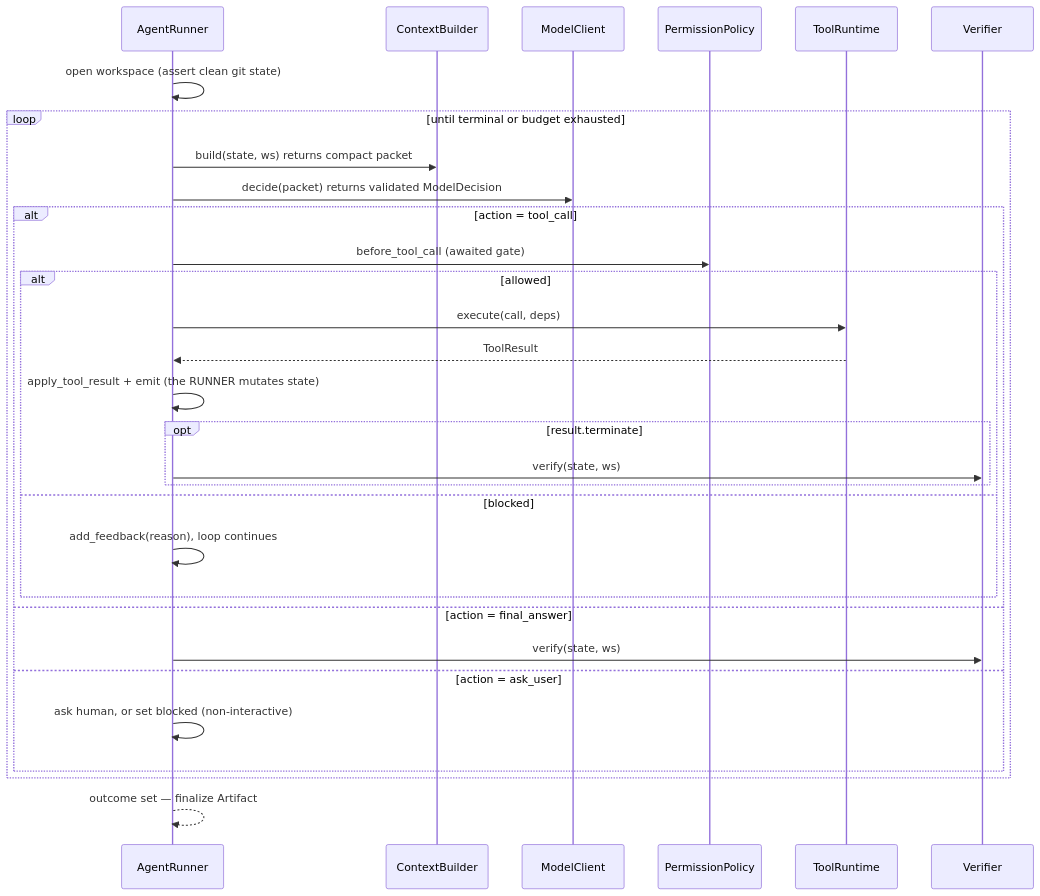
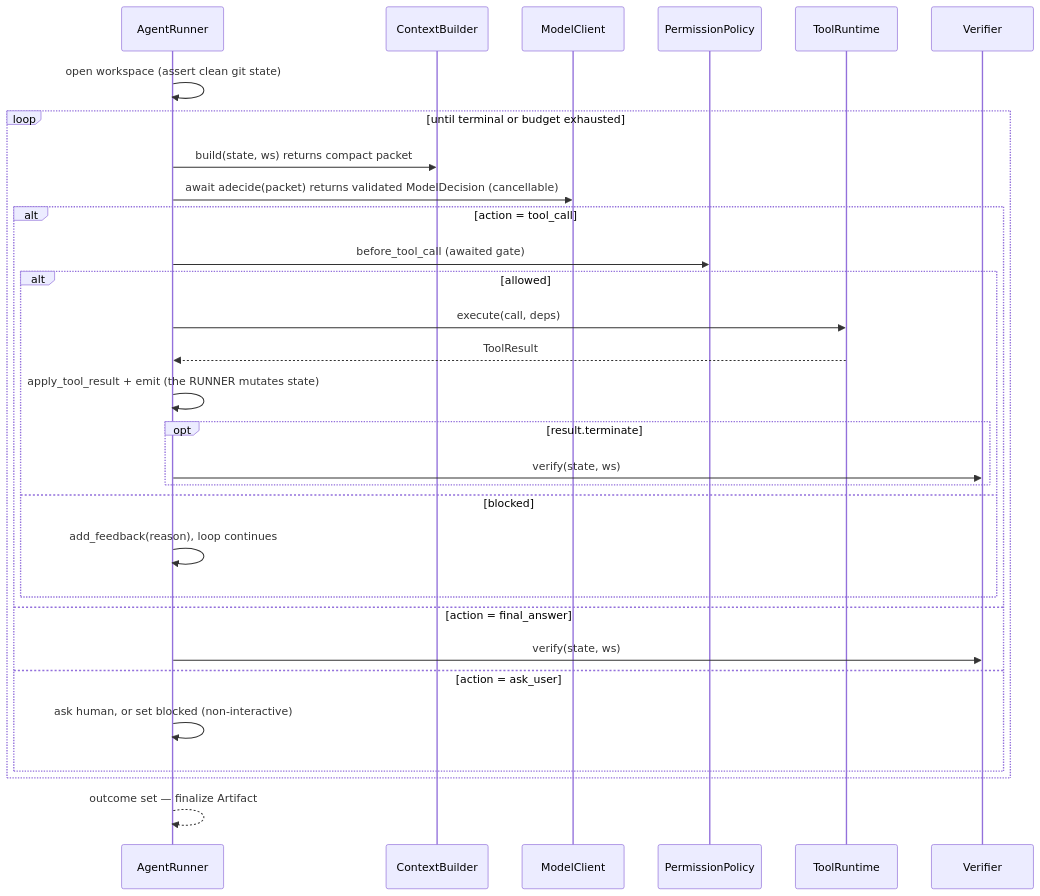
The fourth of 8 diagrams in ARCHITECTURE.md (codexceed/avatar-harness), drawn with Mermaid before and after one commit. The commit also changed other lines of this file and 8 other files, not shown here.

First line of the commit message:
feat(model): cancellable async model calls via adecide (ADR-0024) (#80)

````diff
--- a/ARCHITECTURE.md
+++ b/ARCHITECTURE.md
@@ -148,33 +148,33 @@
 ```mermaid
 sequenceDiagram
     participant R as AgentRunner
     participant C as ContextBuilder
     participant M as ModelClient
     participant P as PermissionPolicy
     participant T as ToolRuntime
     participant V as Verifier
 
     R->>R: open workspace (assert clean git state)
     loop until terminal or budget exhausted
         R->>C: build(state, ws) returns compact packet
-        R->>M: decide(packet) returns validated ModelDecision
+        R->>M: await adecide(packet) returns validated ModelDecision (cancellable)
         alt action = tool_call
             R->>P: before_tool_call (awaited gate)
             alt allowed
                 R->>T: execute(call, deps)
                 T-->>R: ToolResult
                 R->>R: apply_tool_result + emit (the RUNNER mutates state)
                 opt result.terminate
                     R->>V: verify(state, ws)
                 end
             else blocked
                 R->>R: add_feedback(reason), loop continues
             end
         else action = final_answer
             R->>V: verify(state, ws)
         else action = ask_user
             R->>R: ask human, or set blocked (non-interactive)
         end
     end
     R-->>R: outcome set — finalize Artifact
 ```
````
